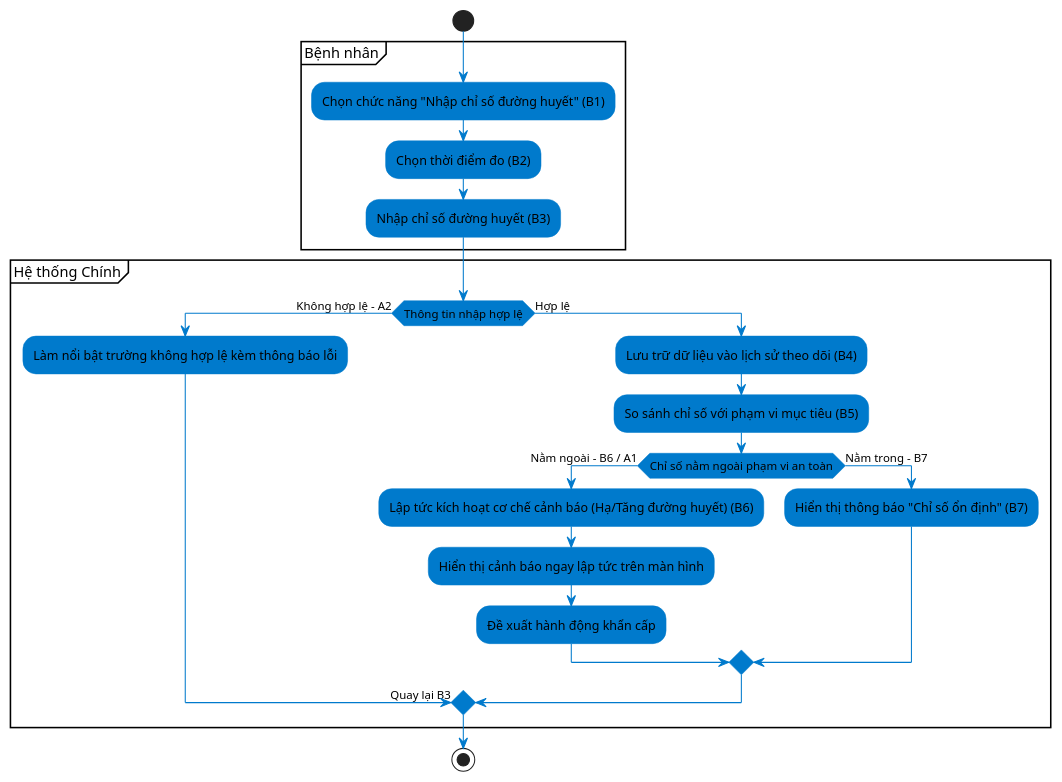
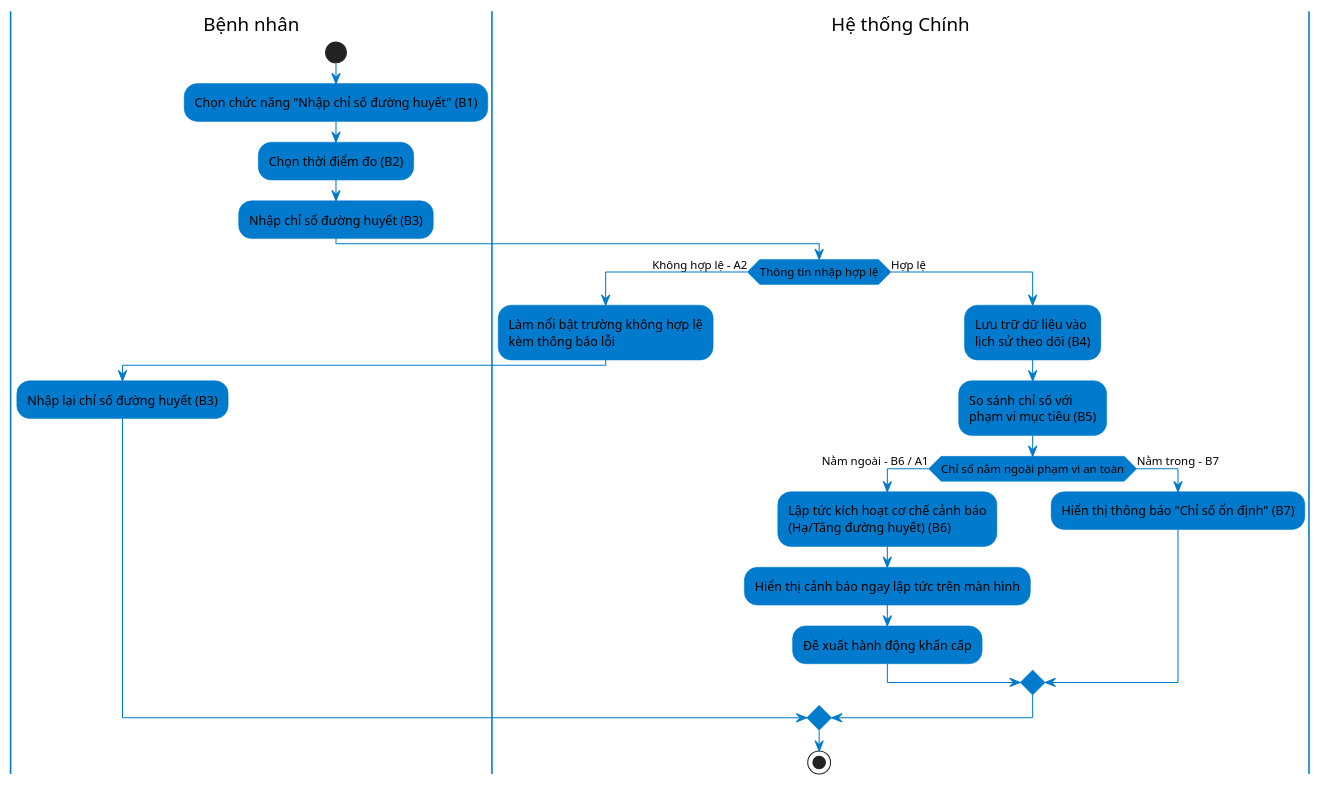
The diagram in diagram/active/chiSo.puml (ThuyNhiIT/Healthcare_KLTN_BE), drawn with PlantUML before and after one commit. The commit also changed 2 other files, not shown here.

```diff
--- a/diagram/active/chiSo.puml
+++ b/diagram/active/chiSo.puml
@@ -1,40 +1,43 @@
 @startuml
 skinparam activity {
   FontName Arial
   BackgroundColor #007ACC
   BorderColor #007ACC
   ArrowColor #007ACC
 }
 skinparam swimlane {
   BorderColor #007ACC
   BackgroundColor #E6F3FF
 }
 
+|Bệnh nhân|
 start
+:Chọn chức năng "Nhập chỉ số đường huyết" (B1);
+:Chọn thời điểm đo (B2);
+:Nhập chỉ số đường huyết (B3);
 
-partition Bệnh nhân {
-  :Chọn chức năng "Nhập chỉ số đường huyết" (B1);
-  :Chọn thời điểm đo (B2);
-  :Nhập chỉ số đường huyết (B3);
-}
-
-partition Hệ thống Chính {
-  if (Thông tin nhập hợp lệ) then (Không hợp lệ - A2)
-    :Làm nổi bật trường không hợp lệ kèm thông báo lỗi;
-    -> Quay lại B3;
-  else (Hợp lệ)
-    :Lưu trữ dữ liệu vào lịch sử theo dõi (B4);
-    :So sánh chỉ số với phạm vi mục tiêu (B5);
-    
-    if (Chỉ số nằm ngoài phạm vi an toàn) then (Nằm ngoài - B6 / A1)
-      :Lập tức kích hoạt cơ chế cảnh báo (Hạ/Tăng đường huyết) (B6);
-      :Hiển thị cảnh báo ngay lập tức trên màn hình;
-      :Đề xuất hành động khẩn cấp;
-    else (Nằm trong - B7)
-      :Hiển thị thông báo "Chỉ số ổn định" (B7);
-    endif
+|Hệ thống Chính|
+if (Thông tin nhập hợp lệ) then (Không hợp lệ - A2)
+  :Làm nổi bật trường không hợp lệ 
+  kèm thông báo lỗi;
+  |Bệnh nhân|
+  :Nhập lại chỉ số đường huyết (B3);
+  |Hệ thống Chính|
+else (Hợp lệ)
+  :Lưu trữ dữ liệu vào 
+  lịch sử theo dõi (B4);
+  :So sánh chỉ số với 
+  phạm vi mục tiêu (B5);
+  
+  if (Chỉ số nằm ngoài phạm vi an toàn) then (Nằm ngoài - B6 / A1)
+    :Lập tức kích hoạt cơ chế cảnh báo 
+    (Hạ/Tăng đường huyết) (B6);
+    :Hiển thị cảnh báo ngay lập tức trên màn hình;
+    :Đề xuất hành động khẩn cấp;
+  else (Nằm trong - B7)
+    :Hiển thị thông báo "Chỉ số ổn định" (B7);
   endif
-}
+endif
 
 stop
 @enduml
```
